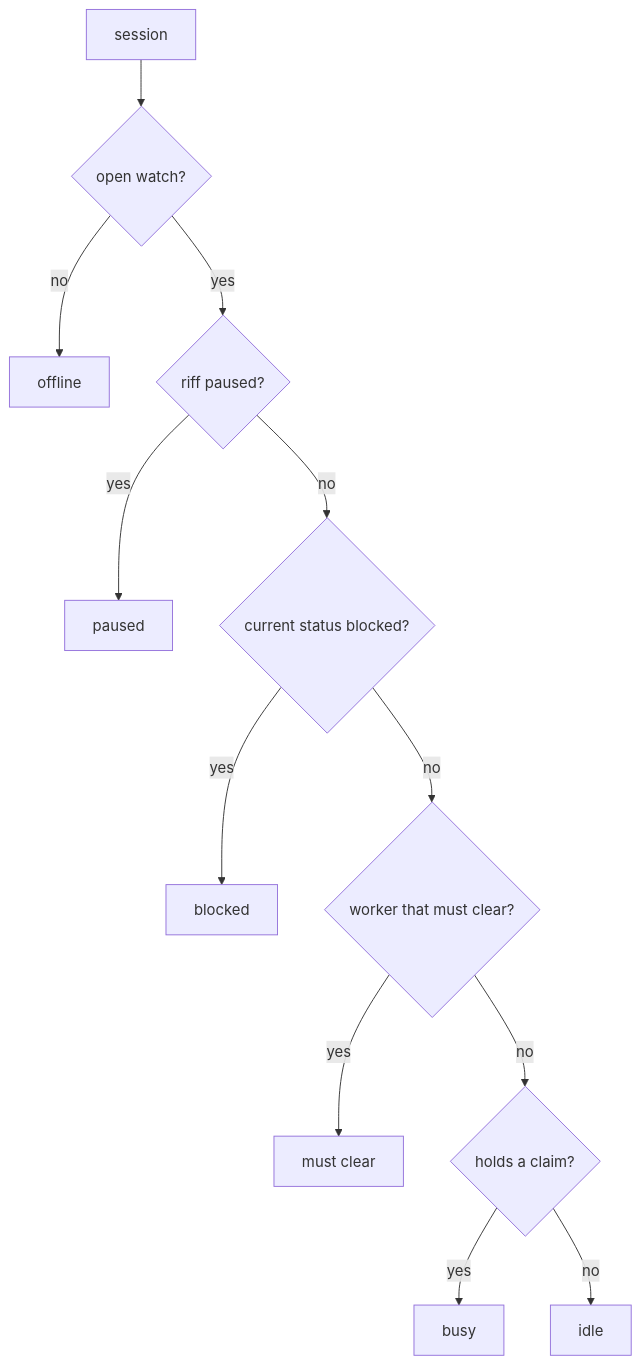
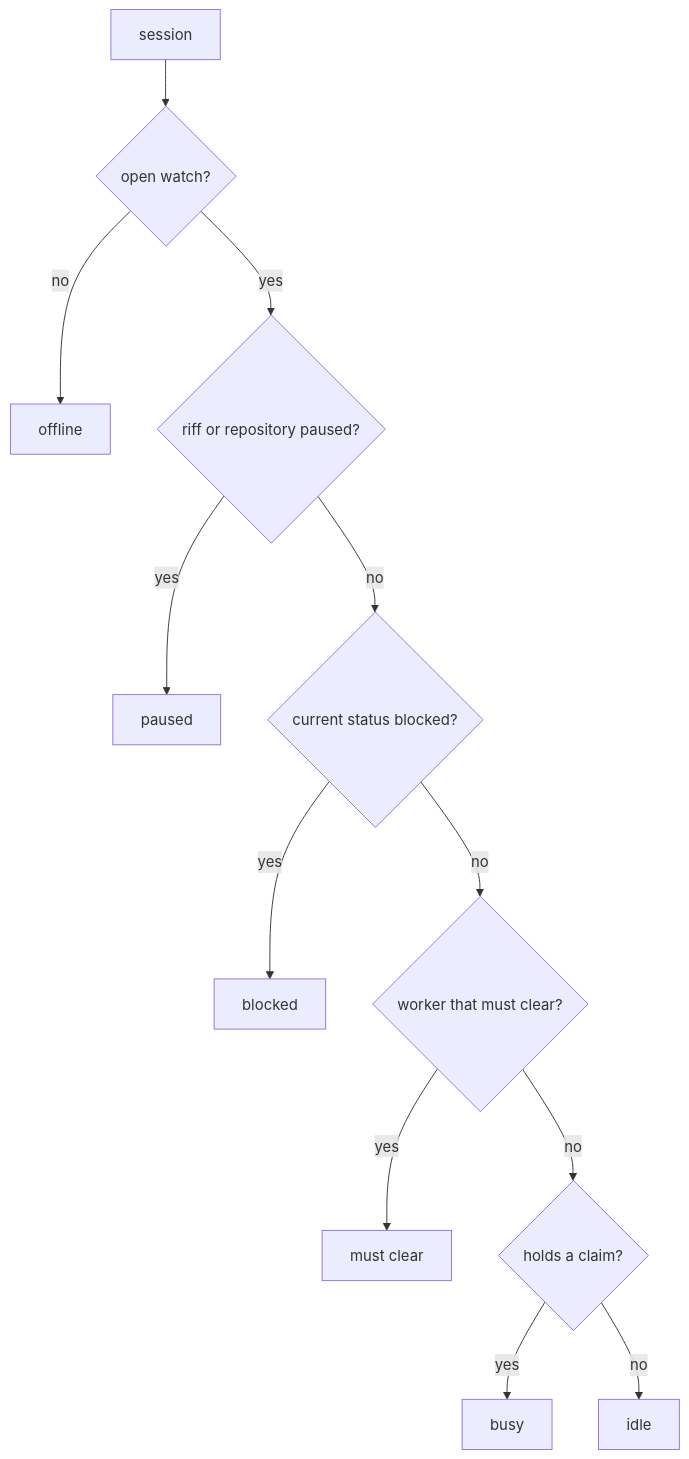
Diagram 28 of 50 in docs/src/how-it-works.md (como-technologies/riff), drawn with Mermaid before and after one commit. The commit also changed other lines of this file and 44 other files, not shown here.

First line of the commit message:
Each repository has a pause of its own, and the pause of the whole riff is for the owner and the admins (#427)

````diff
--- a/docs/src/how-it-works.md
+++ b/docs/src/how-it-works.md
@@ -1846,14 +1899,14 @@
 ```mermaid
 flowchart TD
     S[session] --> L{open watch?}
     L -- no --> Off[offline]
-    L -- yes --> P{riff paused?}
+    L -- yes --> P{riff or repository paused?}
     P -- yes --> Pa[paused]
     P -- no --> B{current status blocked?}
     B -- yes --> Bl[blocked]
     B -- no --> M{worker that must clear?}
     M -- yes --> Mc[must clear]
     M -- no --> C{holds a claim?}
     C -- yes --> Bu[busy]
     C -- no --> I[idle]
 ```
````
